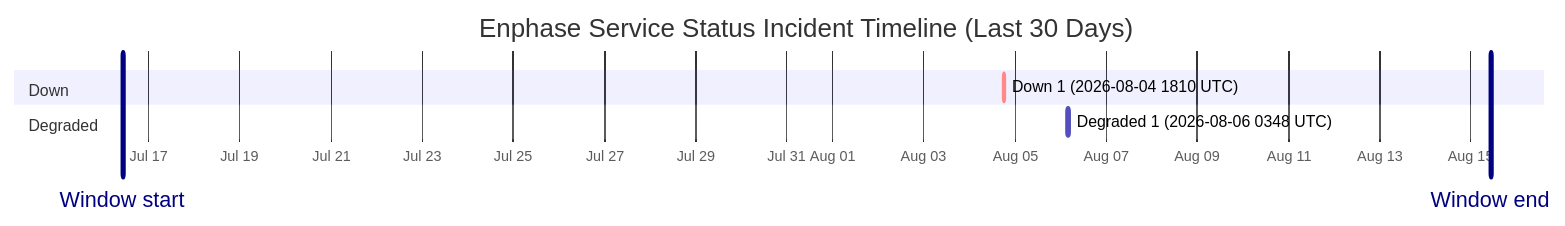
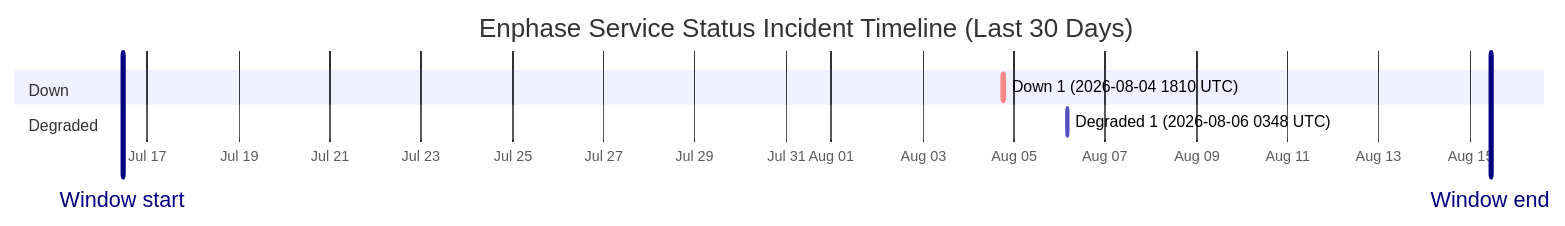
The diagram in wiki/Service-Status-History.md (barneyonline/ha-enphase-energy), drawn with Mermaid before and after one commit. The commit also changed other lines of this file and 3 other files, not shown here.

````diff
--- a/wiki/Service-Status-History.md
+++ b/wiki/Service-Status-History.md
@@ -14,12 +14,12 @@
 ```mermaid
 gantt
     title Enphase Service Status Incident Timeline (Last 30 Days)
     dateFormat  YYYY-MM-DDTHH:mm:ss
     axisFormat  %b %d
-    Window start :vert, window-start, 2026-07-16T10:20:05, 0ms
-    Window end :vert, window-end, 2026-08-15T10:20:05, 0ms
+    Window start :vert, window-start, 2026-07-16T10:47:29, 0ms
+    Window end :vert, window-end, 2026-08-15T10:47:29, 0ms
     section Down
     Down 1 (2026-08-04 1810 UTC) :crit, down-1, 2026-08-04T18:10:46, 60m
     section Degraded
     Degraded 1 (2026-08-06 0348 UTC) :active, degraded-1, 2026-08-06T03:48:14, 60m
 ```
````
